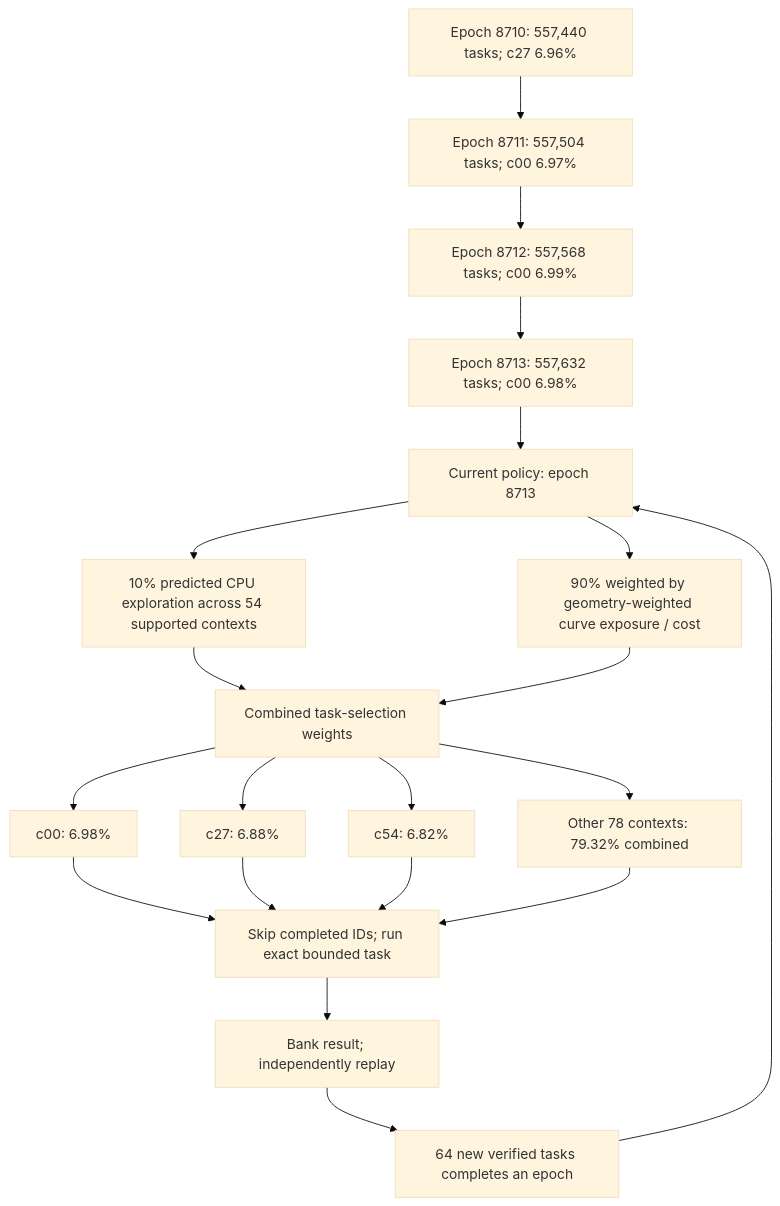
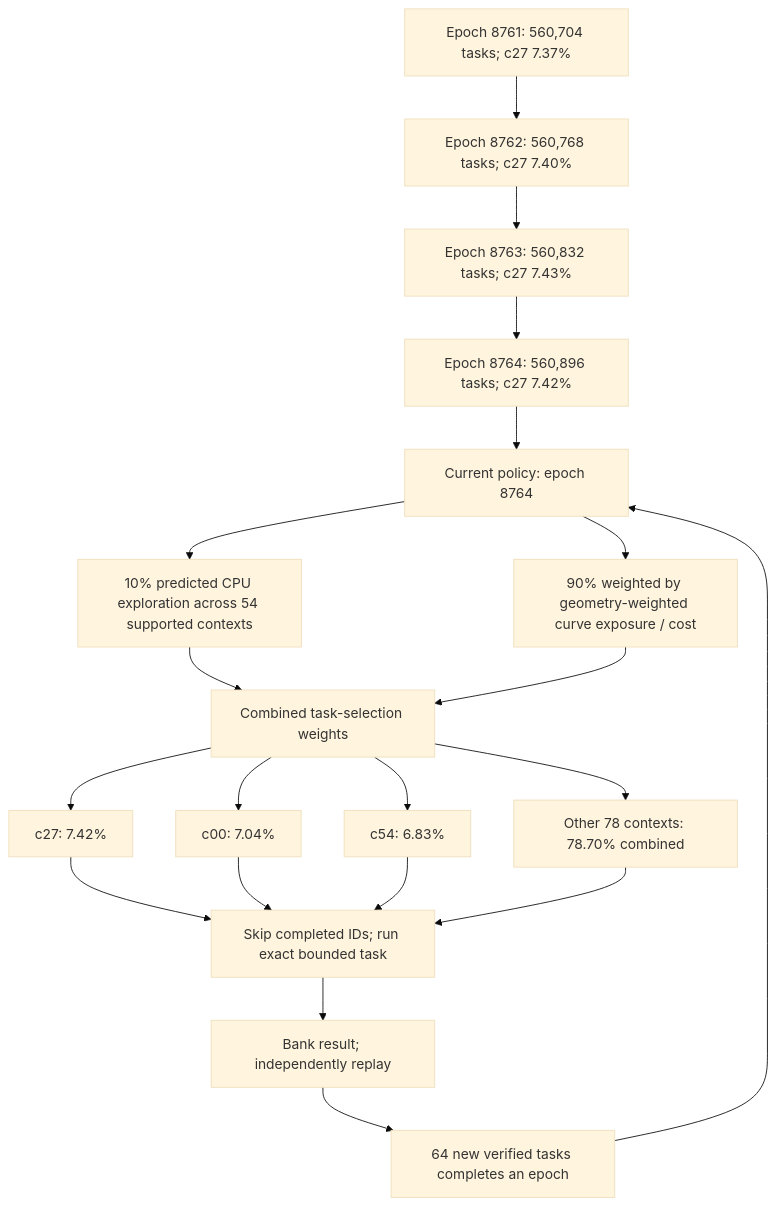
The first of 4 diagrams in README.md (Kuberwastaken/math-gambling), drawn with Mermaid (base theme) before and after one commit. The commit also changed other lines of this file and 8069 other files, not shown here.

````diff
--- a/README.md
+++ b/README.md
@@ -60,27 +60,27 @@
 ```mermaid
 flowchart TD
-    H0["Epoch 8710: 557,440 tasks; c27 6.96%"]
-    H1["Epoch 8711: 557,504 tasks; c00 6.97%"]
+    H0["Epoch 8761: 560,704 tasks; c27 7.37%"]
+    H1["Epoch 8762: 560,768 tasks; c27 7.40%"]
     H0 --> H1
-    H2["Epoch 8712: 557,568 tasks; c00 6.99%"]
+    H2["Epoch 8763: 560,832 tasks; c27 7.43%"]
     H1 --> H2
-    H3["Epoch 8713: 557,632 tasks; c00 6.98%"]
+    H3["Epoch 8764: 560,896 tasks; c27 7.42%"]
     H2 --> H3
-    Policy["Current policy: epoch 8713"]
+    Policy["Current policy: epoch 8764"]
     H3 --> Policy
     Policy --> Explore["10% predicted CPU exploration across 54 supported contexts"]
     Policy --> Cost["90% weighted by geometry-weighted curve exposure / cost"]
     Explore --> Mix["Combined task-selection weights"]
     Cost --> Mix
-    Mix --> C0["c00: 6.98%"]
-    Mix --> C1["c27: 6.88%"]
-    Mix --> C2["c54: 6.82%"]
-    Mix --> Rest["Other 78 contexts: 79.32% combined"]
+    Mix --> C0["c27: 7.42%"]
+    Mix --> C1["c00: 7.04%"]
+    Mix --> C2["c54: 6.83%"]
+    Mix --> Rest["Other 78 contexts: 78.70% combined"]
     C0 --> Check["Skip completed IDs; run exact bounded task"]
     C1 --> Check
     C2 --> Check
     Rest --> Check
     Check --> Replay["Bank result; independently replay"]
     Replay --> Gate["64 new verified tasks completes an epoch"]
     Gate --> Policy
 ```
````
